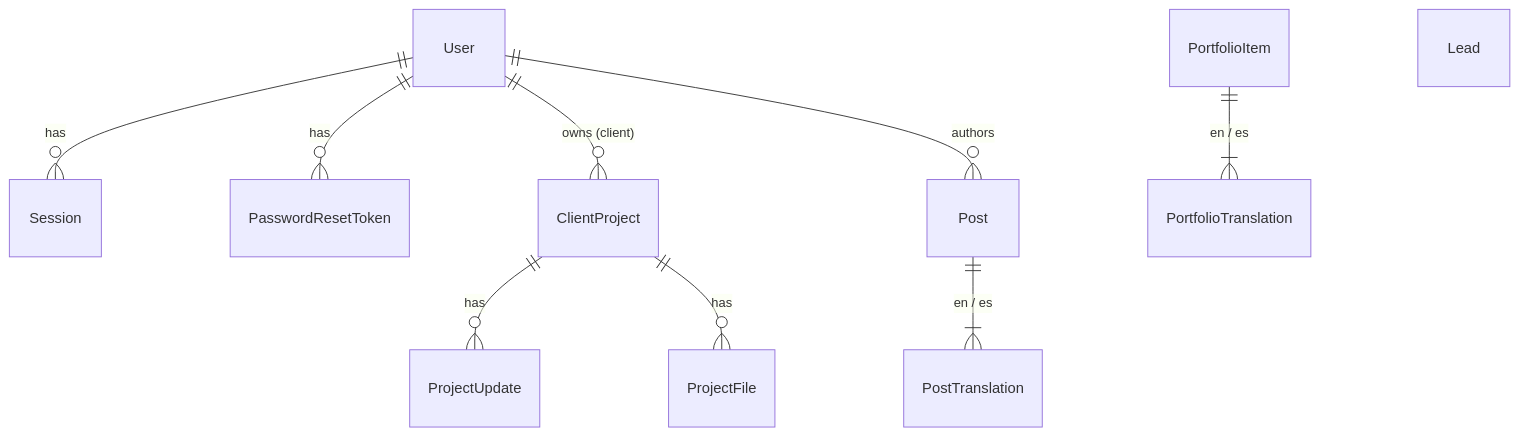
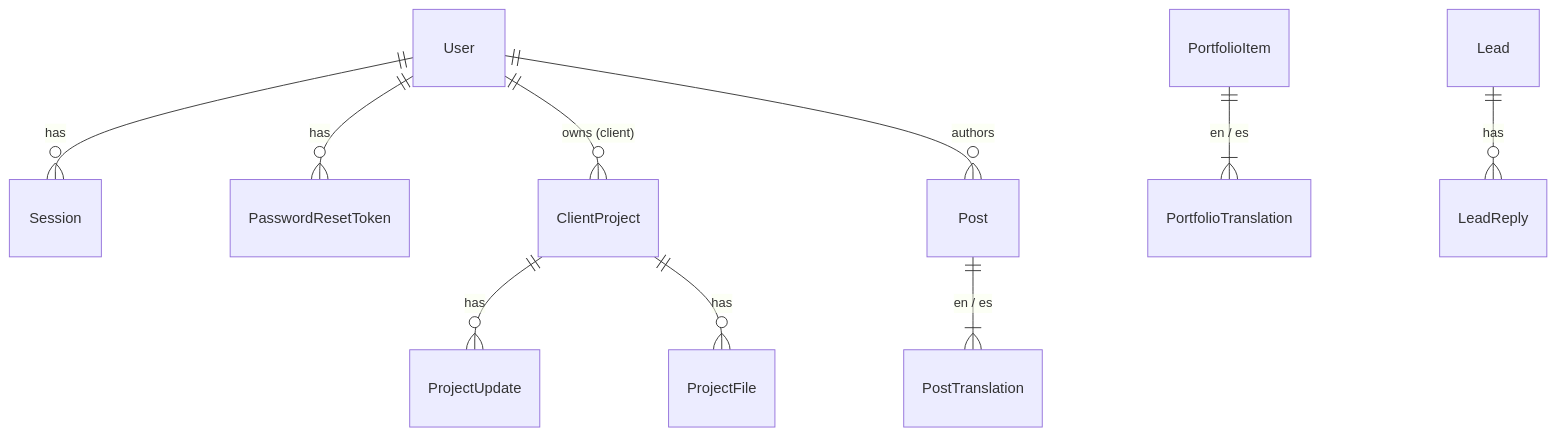
The second of 3 diagrams in docs/architecture.md (Codeqlick/Codeqlick), drawn with Mermaid before and after one commit. The commit also changed other lines of this file and 16 other files, not shown here.

````diff
--- a/docs/architecture.md
+++ b/docs/architecture.md
@@ -116,12 +116,12 @@
 ```mermaid
 erDiagram
   User ||--o{ Session : has
   User ||--o{ PasswordResetToken : has
   User ||--o{ ClientProject : "owns (client)"
   User ||--o{ Post : authors
   ClientProject ||--o{ ProjectUpdate : has
   ClientProject ||--o{ ProjectFile : has
   Post ||--|{ PostTranslation : "en / es"
   PortfolioItem ||--|{ PortfolioTranslation : "en / es"
-  Lead
+  Lead ||--o{ LeadReply : has
 ```
````
